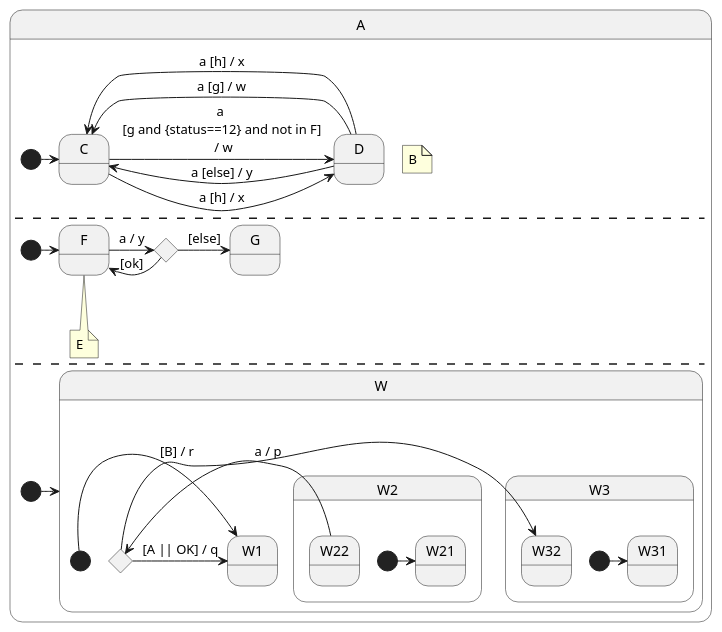
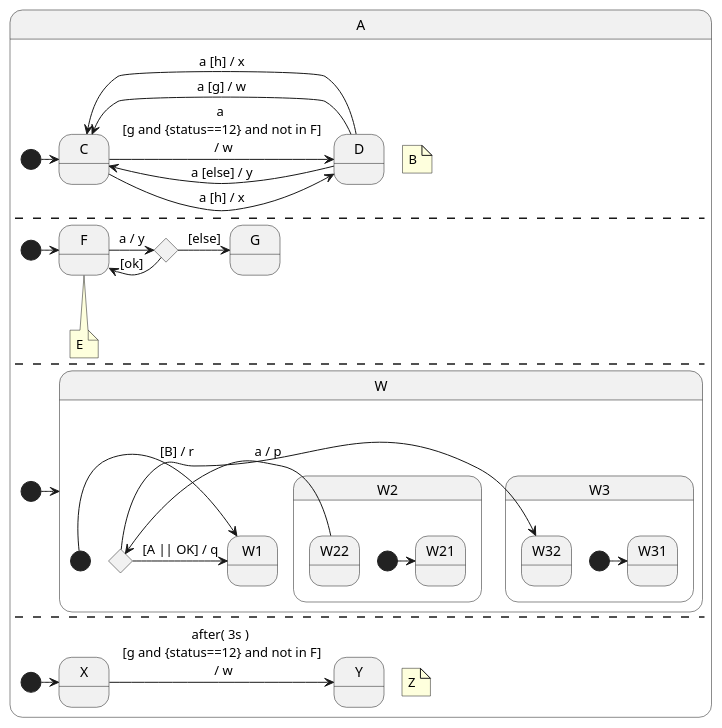
The diagram in foo.puml (theodore-norvell/cogent), drawn with PlantUML before and after one commit. The commit also changed 4 other files, not shown here.

```diff
--- a/foo.puml
+++ b/foo.puml
@@ -1,44 +1,50 @@
 @startuml
     state A {
         note "B" as B
         [*] -> C
         state C
         state D
         C -> D: a \n [g and {status==12} and not in F] \n / w
         C -> D: a [h] / x
         D -> C : a [g] / w
         D -> C : a [h] / x
         D -> C : a [else] / y
         --
         note "E" as E
         [*] -> F
         state F
         state G
         state H <<choice>>
         F -> H: a / y
         H -> F: [ok] 
         H -> G: [else]
         F --> E : XYZ
         --
         [*] -> W
         state W {
             [*] -> W1
             state W1
             state WC <<choice>>
             state W2 {
                 [*] -> W21
                 state W21
                 state W22
                 W22 -> WC : a / p
             }
             state W3 {
                 [*] -> W31
                 state W31
                 state W32
             }
             WC -> W1 : [A || OK] / q
             WC -> W32 : [B] / r
         }
+        --
+        note "Z" as Z
+        [*] -> X
+        state X
+        state Y
+        X -> Y: after( 3s ) \n [g and {status==12} and not in F] \n / w
     }
     state A
 @enduml
```
